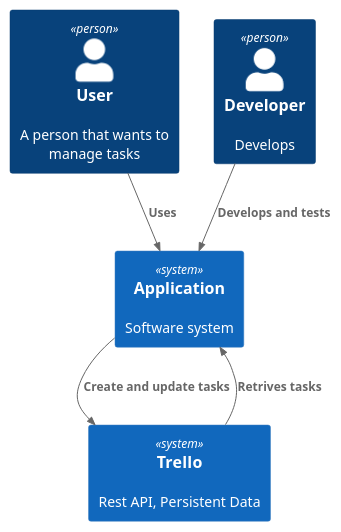
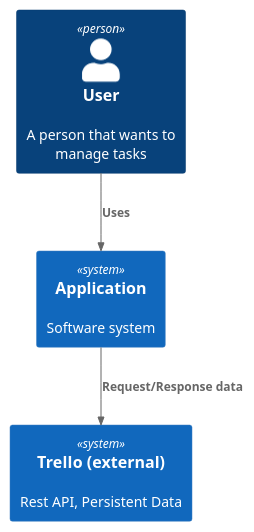
The diagram in documentation/architecture/context.puml (bytesontherocks/DevOps-Course-Starter), drawn with PlantUML before and after one commit. The commit also changed 7 other files, not shown here.

```diff
--- a/documentation/architecture/context.puml
+++ b/documentation/architecture/context.puml
@@ -1,13 +1,12 @@
 @startuml context_diagram
+
 !include https://raw.githubusercontent.com/plantuml-stdlib/C4-PlantUML/master/C4_Container.puml
 
 Person(user, "User", "A person that wants to manage tasks")
-Person(developer, "Developer", "Develops")
 System(app, "Application", "Software system")
-System(trello, "Trello", "Rest API, Persistent Data")
+System(trello, "Trello (external)", "Rest API, Persistent Data")
 
 Rel(user, app, "Uses")
-Rel(developer, app, "Develops and tests")
-Rel(app, trello, "Create and update tasks")
-Rel(trello, app, "Retrives tasks")
+Rel(app, trello, "Request/Response data")
+
 @endumls
```
